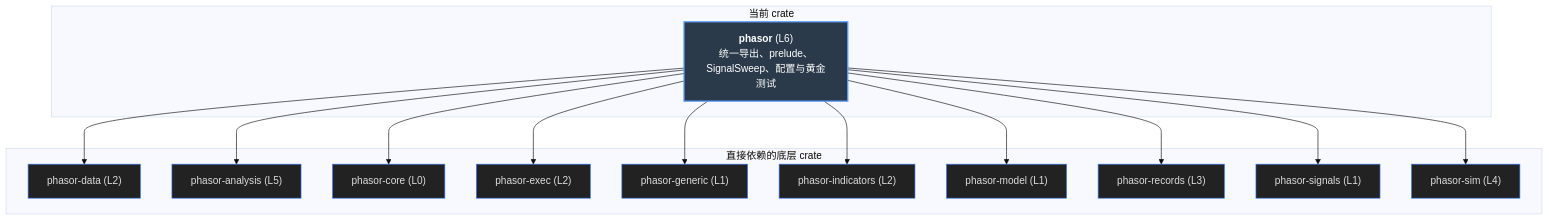
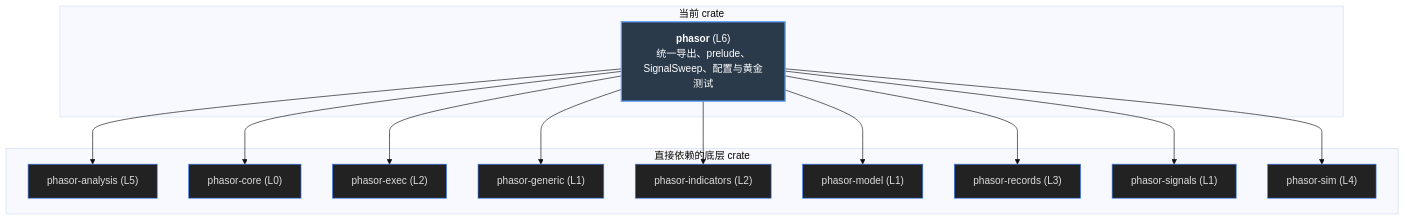
Before and after one commit to nivalume/phasor: the diagram in docs/phasor.md, drawn with Mermaid (base theme). The commit also changed other lines of this file and 25 other files, not shown here.

````diff
--- a/docs/phasor.md
+++ b/docs/phasor.md
@@ -42,31 +42,29 @@
 ```mermaid
 flowchart TD
     subgraph Current["当前 crate"]
         THIS["<b>phasor</b> (L6)<br/>统一导出、prelude、SignalSweep、配置与黄金测试"]:::current
     end
     subgraph Upstream["直接依赖的底层 crate"]
-        phasor_data["phasor-data (L2)"]:::up
-        THIS --> phasor_data
         phasor_analysis["phasor-analysis (L5)"]:::up
         THIS --> phasor_analysis
         phasor_core["phasor-core (L0)"]:::up
         THIS --> phasor_core
         phasor_exec["phasor-exec (L2)"]:::up
         THIS --> phasor_exec
         phasor_generic["phasor-generic (L1)"]:::up
         THIS --> phasor_generic
         phasor_indicators["phasor-indicators (L2)"]:::up
         THIS --> phasor_indicators
         phasor_model["phasor-model (L1)"]:::up
         THIS --> phasor_model
         phasor_records["phasor-records (L3)"]:::up
         THIS --> phasor_records
         phasor_signals["phasor-signals (L1)"]:::up
         THIS --> phasor_signals
         phasor_sim["phasor-sim (L4)"]:::up
         THIS --> phasor_sim
     end
     classDef current fill:#2b3a4a,stroke:#5ea0ff,stroke-width:2px,color:#fff;
     classDef up fill:#222,stroke:#3a7afe,stroke-width:1px,color:#ddd;
     classDef down fill:#222,stroke:#e07a3d,stroke-width:1px,color:#ddd;
 ```
````
